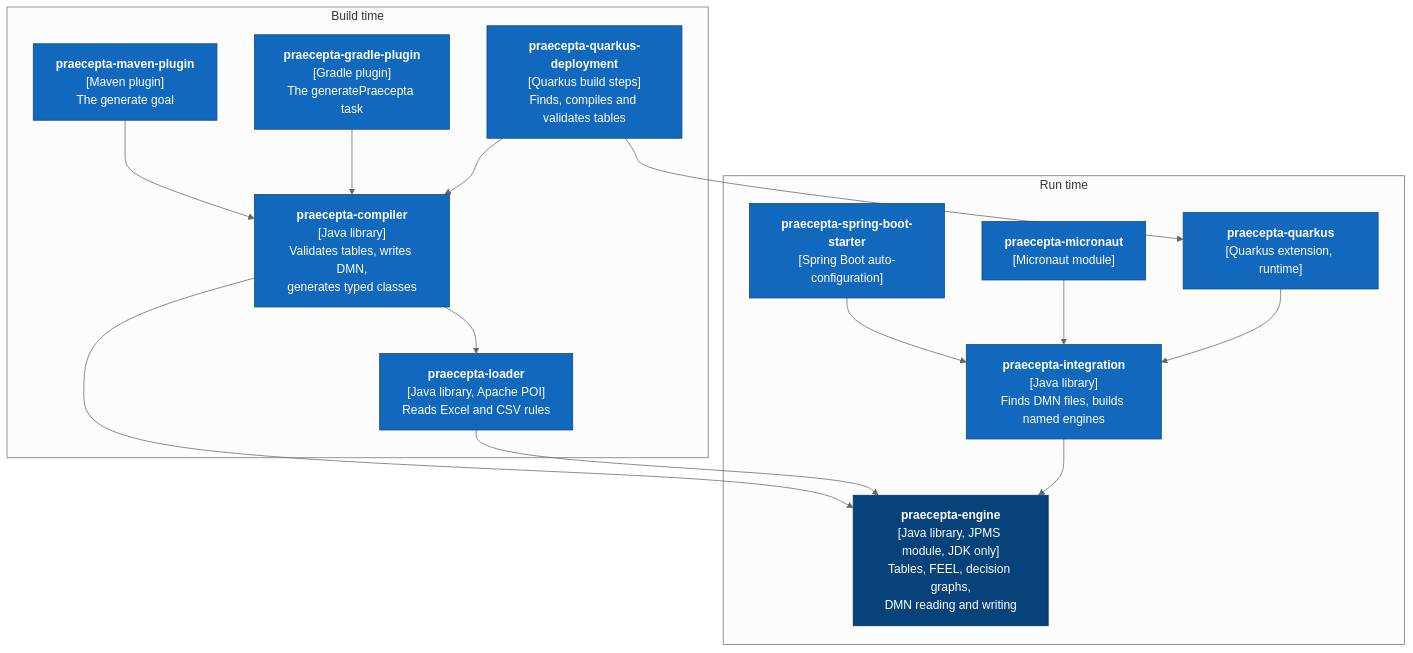
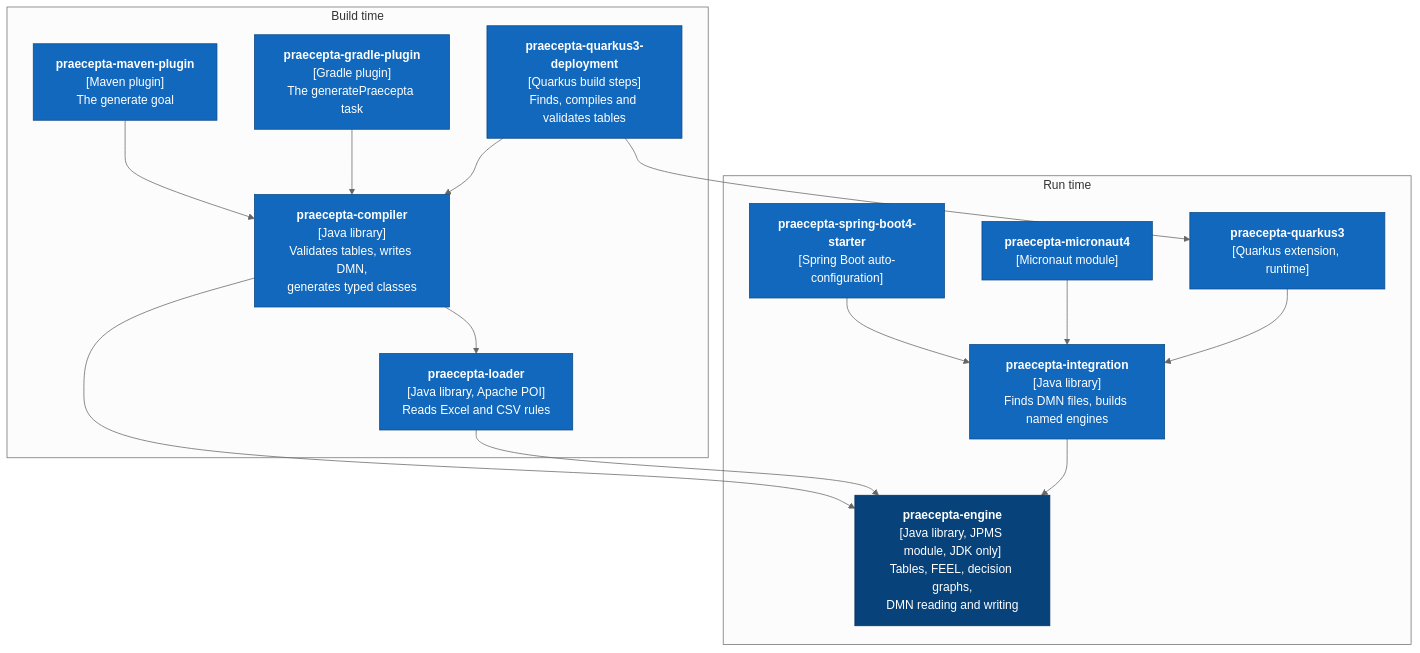
Before and after one commit to brunopacheco1/praecepta: the second of 10 diagrams in docs/ARCHITECTURE.md, drawn with Mermaid (neutral theme). The commit also changed other lines of this file and 96 other files, not shown here.

````diff
--- a/docs/ARCHITECTURE.md
+++ b/docs/ARCHITECTURE.md
@@ -62,32 +62,32 @@
 ```mermaid
 flowchart TB
     subgraph buildtime["Build time"]
         maven["<b>praecepta-maven-plugin</b><br/>[Maven plugin]<br/>The generate goal"]
         gradle["<b>praecepta-gradle-plugin</b><br/>[Gradle plugin]<br/>The generatePraecepta task"]
-        qdeploy["<b>praecepta-quarkus-deployment</b><br/>[Quarkus build steps]<br/>Finds, compiles and validates tables"]
+        qdeploy["<b>praecepta-quarkus3-deployment</b><br/>[Quarkus build steps]<br/>Finds, compiles and validates tables"]
         compiler["<b>praecepta-compiler</b><br/>[Java library]<br/>Validates tables, writes DMN,<br/>generates typed classes"]
         loader["<b>praecepta-loader</b><br/>[Java library, Apache POI]<br/>Reads Excel and CSV rules"]
     end
     subgraph runtime["Run time"]
-        spring["<b>praecepta-spring-boot-starter</b><br/>[Spring Boot auto-configuration]"]
-        micronaut["<b>praecepta-micronaut</b><br/>[Micronaut module]"]
-        quarkus["<b>praecepta-quarkus</b><br/>[Quarkus extension, runtime]"]
+        spring["<b>praecepta-spring-boot4-starter</b><br/>[Spring Boot auto-configuration]"]
+        micronaut["<b>praecepta-micronaut4</b><br/>[Micronaut module]"]
+        quarkus["<b>praecepta-quarkus3</b><br/>[Quarkus extension, runtime]"]
         integration["<b>praecepta-integration</b><br/>[Java library]<br/>Finds DMN files, builds named engines"]
         engine["<b>praecepta-engine</b><br/>[Java library, JPMS module, JDK only]<br/>Tables, FEEL, decision graphs,<br/>DMN reading and writing"]
     end
     maven --> compiler
     gradle --> compiler
     qdeploy --> compiler
     qdeploy --> quarkus
     compiler --> loader
     compiler --> engine
     loader --> engine
     spring --> integration
     micronaut --> integration
     quarkus --> integration
     integration --> engine
     classDef container fill:#1168bd,stroke:#0b4884,color:#fff
     classDef core fill:#08427b,stroke:#052e56,color:#fff
     class maven,gradle,qdeploy,compiler,loader,spring,micronaut,quarkus,integration container
     class engine core
 ```
````
